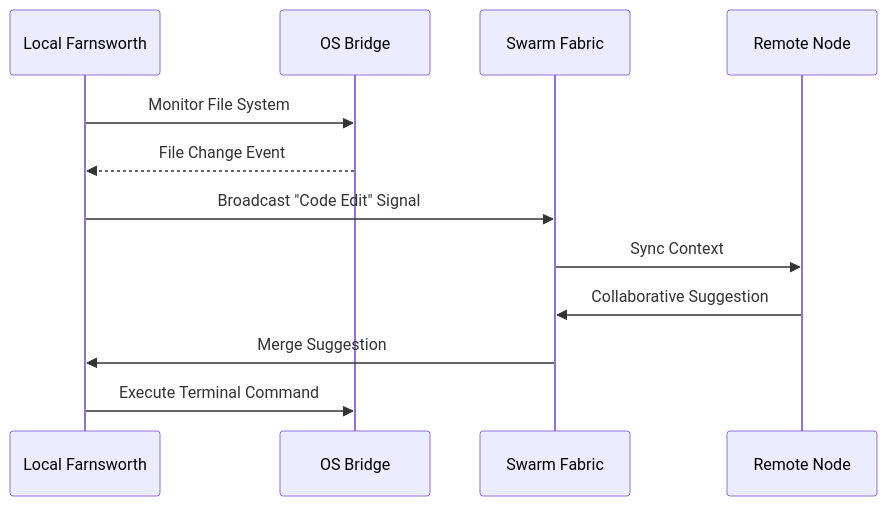
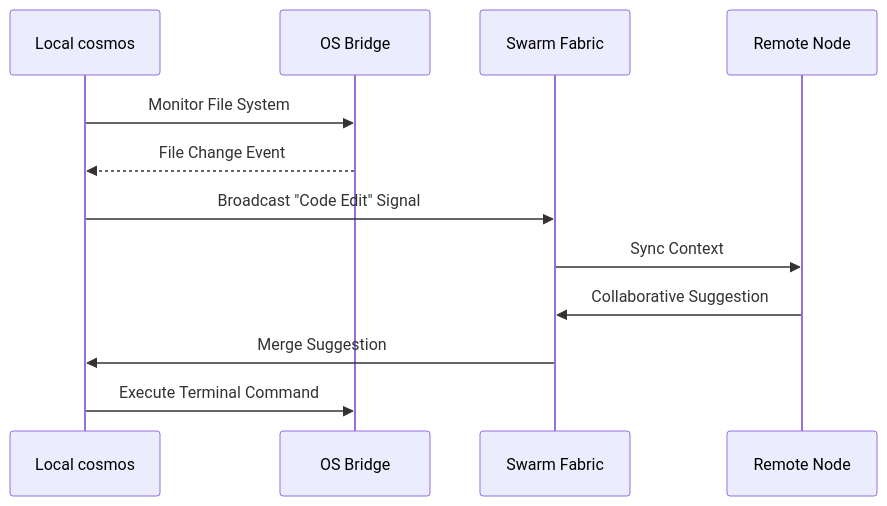
Before and after one commit to NavisWORLD/The-Cosmic-Davis-12D-Hebbian-Transformer-ver.4.2: the fifth of 8 diagrams in docs/COMPLETE_FEATURE_MAP.md, drawn with Mermaid. The commit also changed other lines of this file and 5790 other files, not shown here.

````diff
--- a/docs/COMPLETE_FEATURE_MAP.md
+++ b/docs/COMPLETE_FEATURE_MAP.md
@@ -178,18 +178,18 @@
 ```mermaid
 sequenceDiagram
-    participant Local as Local Farnsworth
+    participant Local as Local cosmos
     participant OS as OS Bridge
     participant P2P as Swarm Fabric
     participant Remote as Remote Node
 
     Local->>OS: Monitor File System
     OS-->>Local: File Change Event
     
     Local->>P2P: Broadcast "Code Edit" Signal
     P2P->>Remote: Sync Context
     
     Remote->>P2P: Collaborative Suggestion
     P2P->>Local: Merge Suggestion
     
     Local->>OS: Execute Terminal Command
 ```
````
